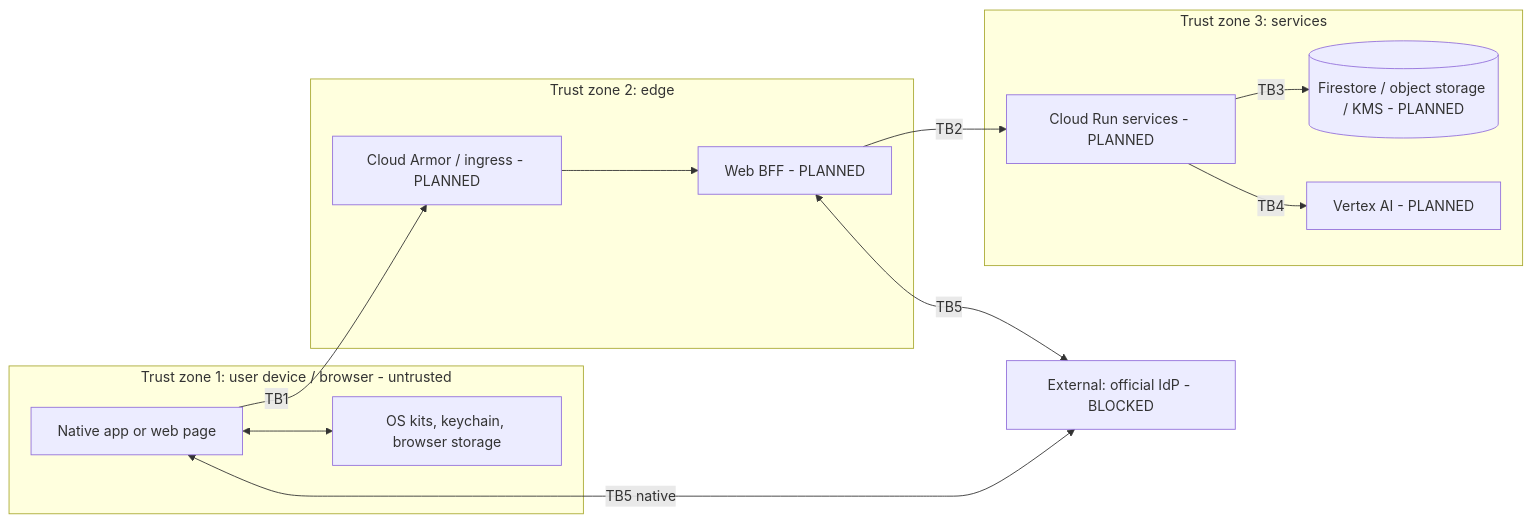
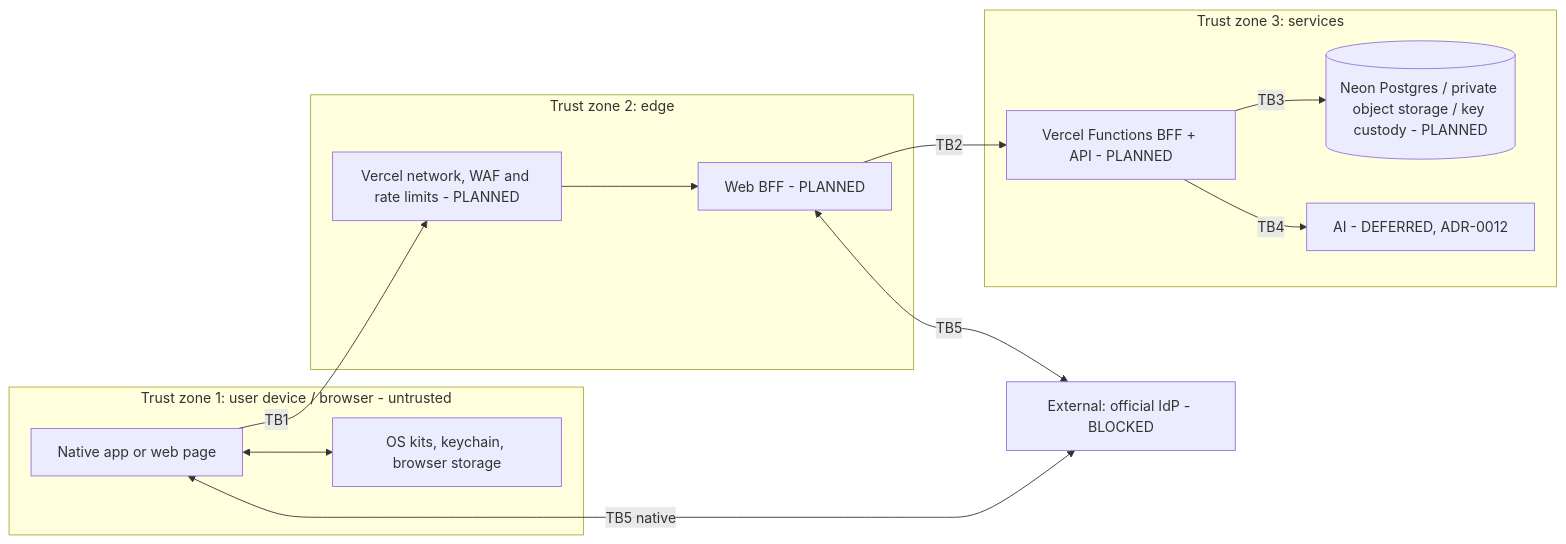
One commit to sunveda/health-app changed the first of 2 diagrams in docs/security/threat-model.md. Above: the diagram before and after it, drawn with Mermaid. The commit also changed other lines of this file and 27 other files, not shown here.

Commit message:
docs: apply owner decisions (Next.js BFF, web auth tree, Vercel+Neon, web clinical upload, AI deferred); add web CI gates

````diff
--- a/docs/security/threat-model.md
+++ b/docs/security/threat-model.md
@@ -18,25 +18,25 @@
 ```mermaid
 flowchart LR
   subgraph device["Trust zone 1: user device / browser - untrusted"]
     app["Native app or web page"]
     os["OS kits, keychain, browser storage"]
   end
   subgraph edge["Trust zone 2: edge"]
-    armor["Cloud Armor / ingress - PLANNED"]
+    armor["Vercel network, WAF and rate limits - PLANNED"]
     bff["Web BFF - PLANNED"]
   end
   subgraph core["Trust zone 3: services"]
-    svc["Cloud Run services - PLANNED"]
-    store[("Firestore / object storage / KMS - PLANNED")]
-    ai["Vertex AI - PLANNED"]
+    svc["Vercel Functions BFF + API - PLANNED"]
+    store[("Neon Postgres / private object storage / key custody - PLANNED")]
+    ai["AI - DEFERRED, ADR-0012"]
   end
   idp["External: official IdP - BLOCKED"]
   app <--> os
   app -->|"TB1"| armor
   armor --> bff
   bff -->|"TB2"| svc
   svc -->|"TB3"| store
   svc -->|"TB4"| ai
   bff <-->|"TB5"| idp
   app <-->|"TB5 native"| idp
 ```
````
